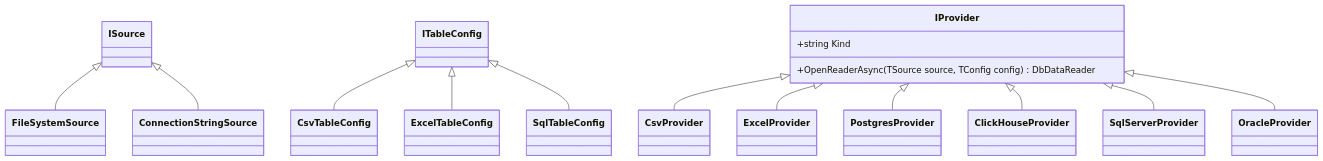
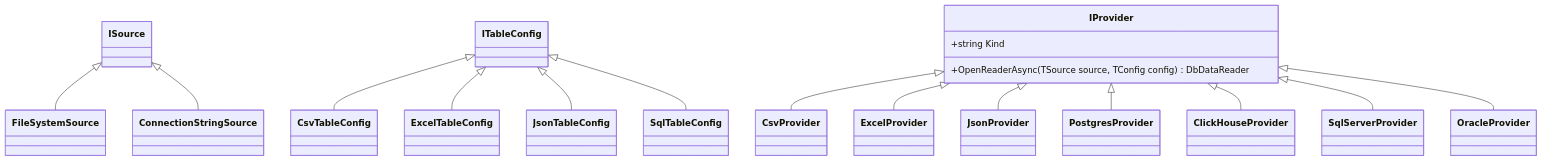
One commit to MikeKondr99/Loader changed the first of 2 diagrams in docs/architecture.md. Above: the diagram before and after it, drawn with Mermaid. The commit also changed other lines of this file and 11 other files, not shown here.

Commit message:
json provider first good pass

````diff
--- a/docs/architecture.md
+++ b/docs/architecture.md
@@ -36,25 +36,27 @@
 ```mermaid
 classDiagram
     class ISource
     class ITableConfig
     class IProvider {
         +string Kind
     }
     class IProvider~TSource,TConfig~ {
         +OpenReaderAsync(TSource source, TConfig config) DbDataReader
     }
 
     ISource <|-- FileSystemSource
     ISource <|-- ConnectionStringSource
 
     ITableConfig <|-- CsvTableConfig
     ITableConfig <|-- ExcelTableConfig
+    ITableConfig <|-- JsonTableConfig
     ITableConfig <|-- SqlTableConfig
 
     IProvider <|-- CsvProvider
     IProvider <|-- ExcelProvider
+    IProvider <|-- JsonProvider
     IProvider <|-- PostgresProvider
     IProvider <|-- ClickHouseProvider
     IProvider <|-- SqlServerProvider
     IProvider <|-- OracleProvider
 ```
````
